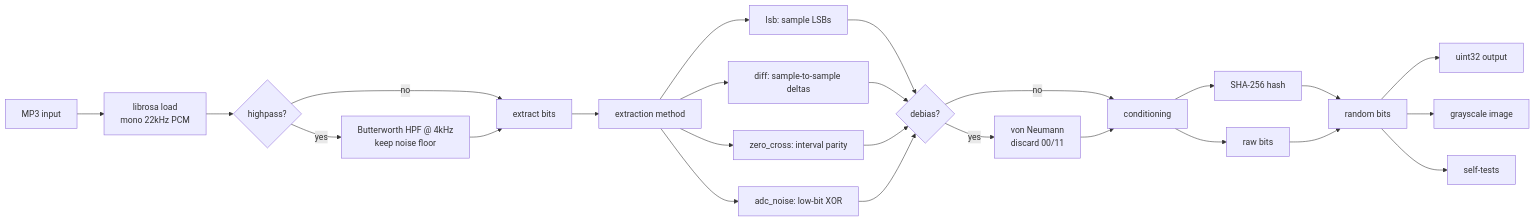
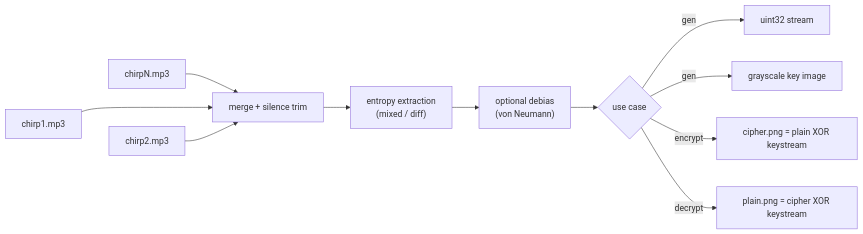
One commit to amorfati3735/audio-trng changed the first of 2 diagrams in README.md. Above: the diagram before and after it, drawn with Mermaid. The commit also changed other lines of this file and 2 other files, not shown here.

First line of the commit message:
Overhaul: no SHA-256 conditioning, multi-file entropy, audio-key XOR image encryption

````diff
--- a/README.md
+++ b/README.md
@@ -53,27 +13,14 @@
 ```mermaid
 flowchart LR
-    A[MP3 input] --> B[librosa load<br/>mono 22kHz PCM]
-    B --> C{highpass?}
-    C -->|yes| D[Butterworth HPF @ 4kHz<br/>keep noise floor]
-    C -->|no| E[extract bits]
-    D --> E
-    E --> F[extraction method]
-    F --> G[lsb: sample LSBs]
-    F --> H[diff: sample-to-sample deltas]
-    F --> I[zero_cross: interval parity]
-    F --> J[adc_noise: low-bit XOR]
-    G --> K{debias?}
-    H --> K
-    I --> K
-    J --> K
-    K -->|yes| L[von Neumann<br/>discard 00/11]
-    K -->|no| M[conditioning]
-    L --> M
-    M --> N[SHA-256 hash]
-    M --> O[raw bits]
-    N --> P[random bits]
-    O --> P
-    P --> Q[uint32 output]
-    P --> R[grayscale image]
-    P --> S[self-tests]
+    A[chirp1.mp3] ~~~ B[chirp2.mp3]
+    C[chirpN.mp3] --> M[merge + silence trim]
+    A --> M
+    B --> M
+    M --> D["entropy extraction<br/>(mixed / diff)"]
+    D --> E["optional debias<br/>(von Neumann)"]
+    E --> F{use case}
+    F -->|gen| G[uint32 stream]
+    F -->|gen| H[grayscale key image]
+    F -->|encrypt| I["cipher.png = plain XOR keystream"]
+    F -->|decrypt| J["plain.png = cipher XOR keystream"]
 ```
````
